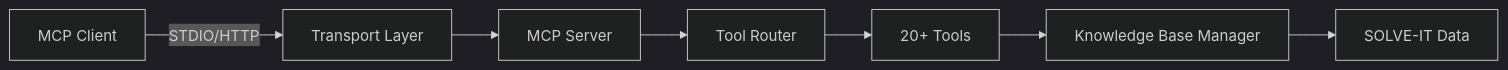
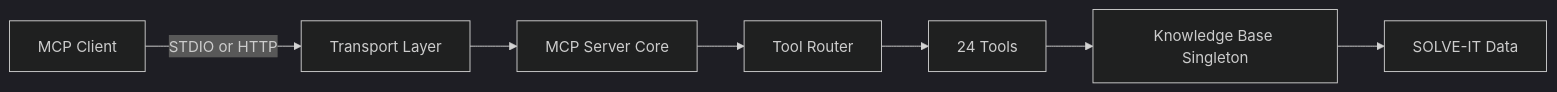
One commit to 3soos3/solve-it-mcp changed the diagram in docs/architecture/overview.md. Above: the diagram before and after it, drawn with Mermaid (dark theme). The commit also changed other lines of this file and 56 other files, not shown here.

First line of the commit message:
feat: forensic metadata, live/latest/release Docker images, CI architecture redesign, and docs rewrite (#73)

````diff
--- a/docs/architecture/overview.md
+++ b/docs/architecture/overview.md
@@ -10,9 +7,9 @@
 ```mermaid
 graph LR
-    A[MCP Client] -->|STDIO/HTTP| B[Transport Layer]
-    B --> C[MCP Server]
+    A[MCP Client] -->|STDIO or HTTP| B[Transport Layer]
+    B --> C[MCP Server Core]
     C --> D[Tool Router]
-    D --> E[20+ Tools]
-    E --> F[Knowledge Base Manager]
+    D --> E[24 Tools]
+    E --> F[Knowledge Base Singleton]
     F --> G[SOLVE-IT Data]
 ```
````
